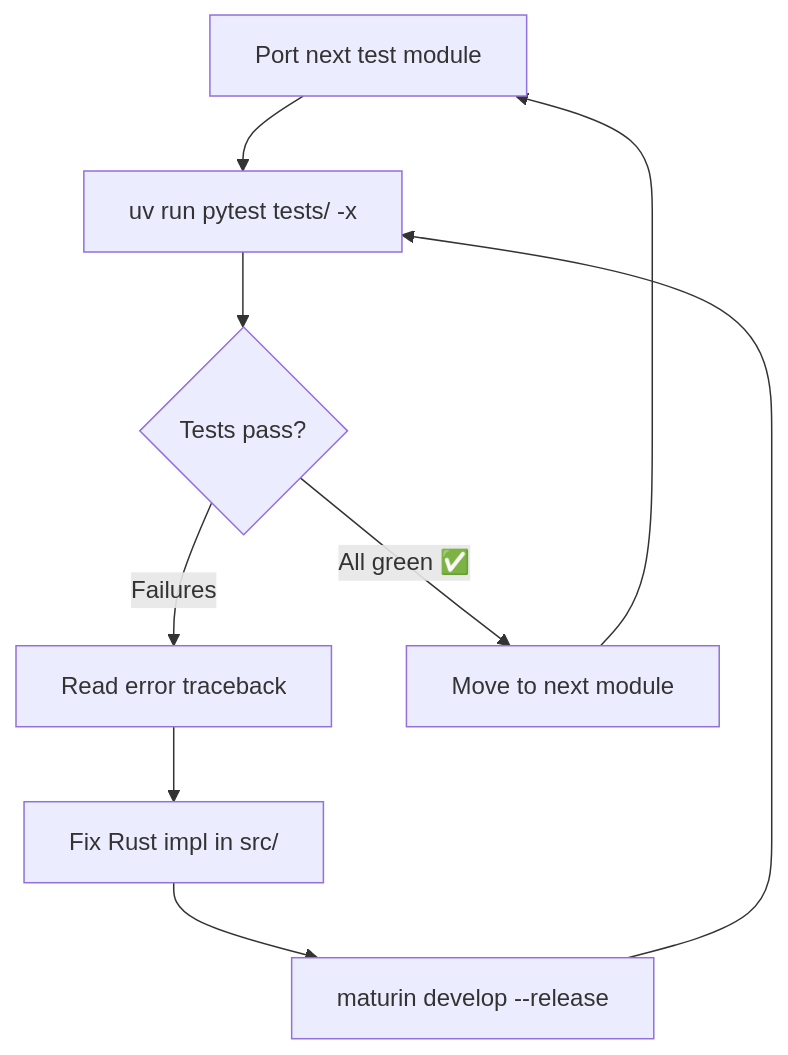
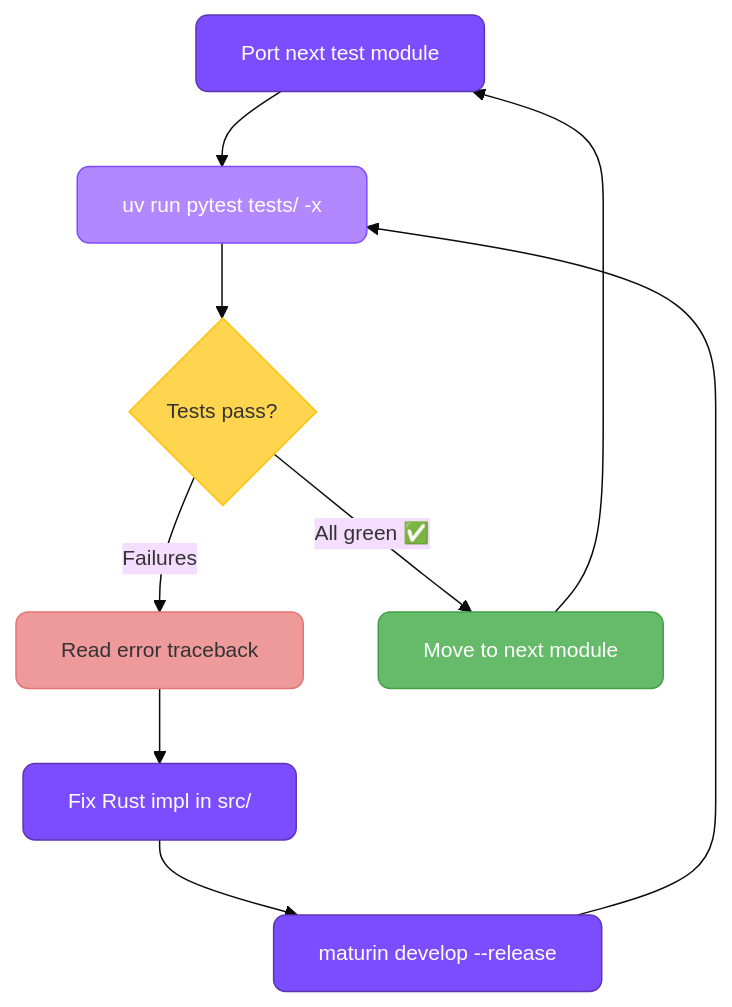
One commit to bmsuisse/httpxr changed the second of 3 diagrams in docs/how-it-was-built.md. Above: the diagram before and after it, drawn with Mermaid. The commit also changed other lines of this file and 6 other files, not shown here.

First line of the commit message:
docs: add 'Why This Exists' context and restyle mermaid charts

````diff
--- a/docs/how-it-was-built.md
+++ b/docs/how-it-was-built.md
@@ -36,11 +51,18 @@
 ```mermaid
+%%{init: {'theme': 'base', 'themeVariables': {'fontSize': '14px', 'fontFamily': 'Inter, sans-serif'}}}%%
 flowchart TD
-    A["Port next test module"] --> B["uv run pytest tests/ -x"]
-    B --> C{"Tests pass?"}
-    C -->|"Failures"| D["Read error traceback"]
-    D --> E["Fix Rust impl in src/"]
-    E --> F["maturin develop --release"]
+    A["Port next test module"]:::work --> B["uv run pytest tests/ -x"]:::test
+    B --> C{"Tests pass?"}:::decision
+    C -->|"Failures"| D["Read error traceback"]:::fail
+    D --> E["Fix Rust impl in src/"]:::work
+    E --> F["maturin develop --release"]:::work
     F --> B
-    C -->|"All green ✅"| G["Move to next module"]
+    C -->|"All green ✅"| G["Move to next module"]:::success
     G --> A
+
+    classDef work fill:#7C4DFF,stroke:#5E35B1,color:#fff,rx:8,ry:8
+    classDef test fill:#B388FF,stroke:#7C4DFF,color:#fff,rx:8,ry:8
+    classDef decision fill:#FFD54F,stroke:#FFC107,color:#333,rx:8,ry:8
+    classDef fail fill:#EF9A9A,stroke:#E57373,color:#333,rx:8,ry:8
+    classDef success fill:#66BB6A,stroke:#43A047,color:#fff,rx:8,ry:8
 ```
````
